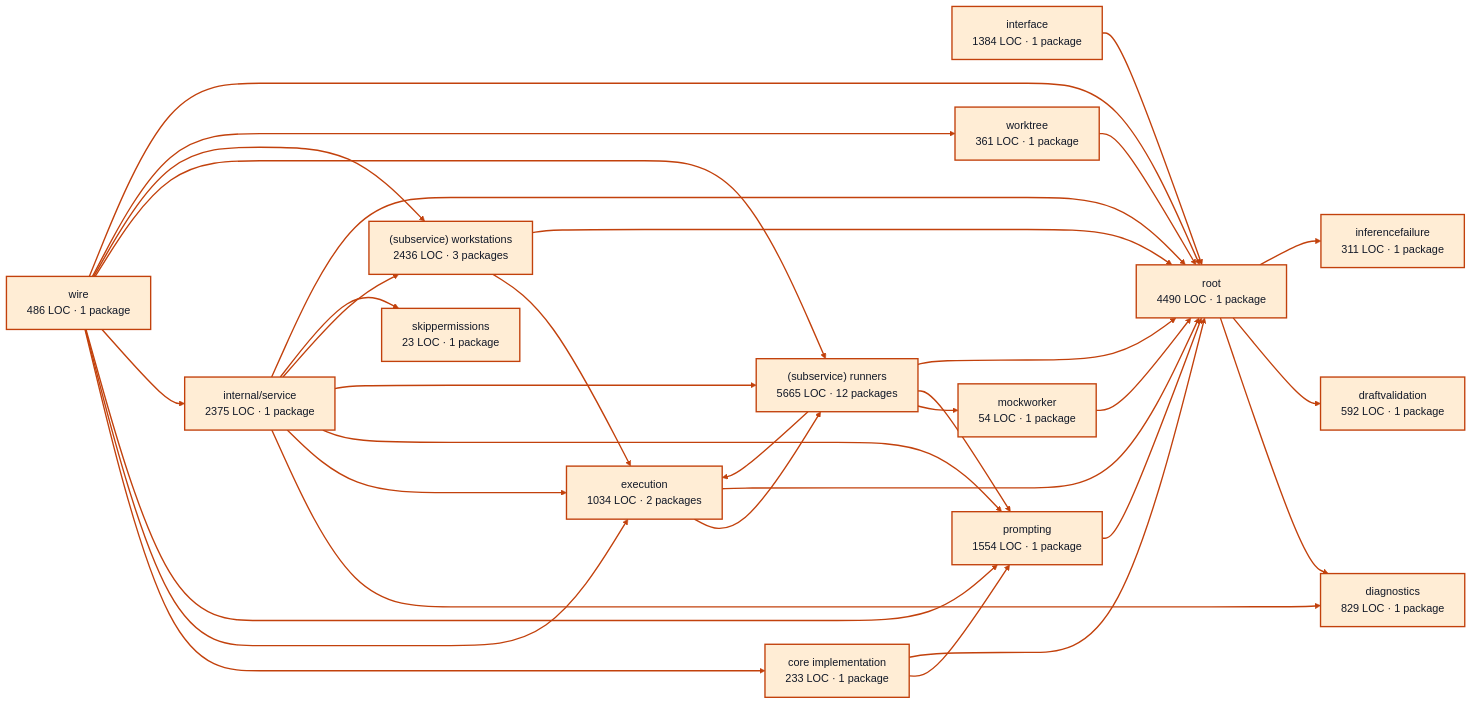
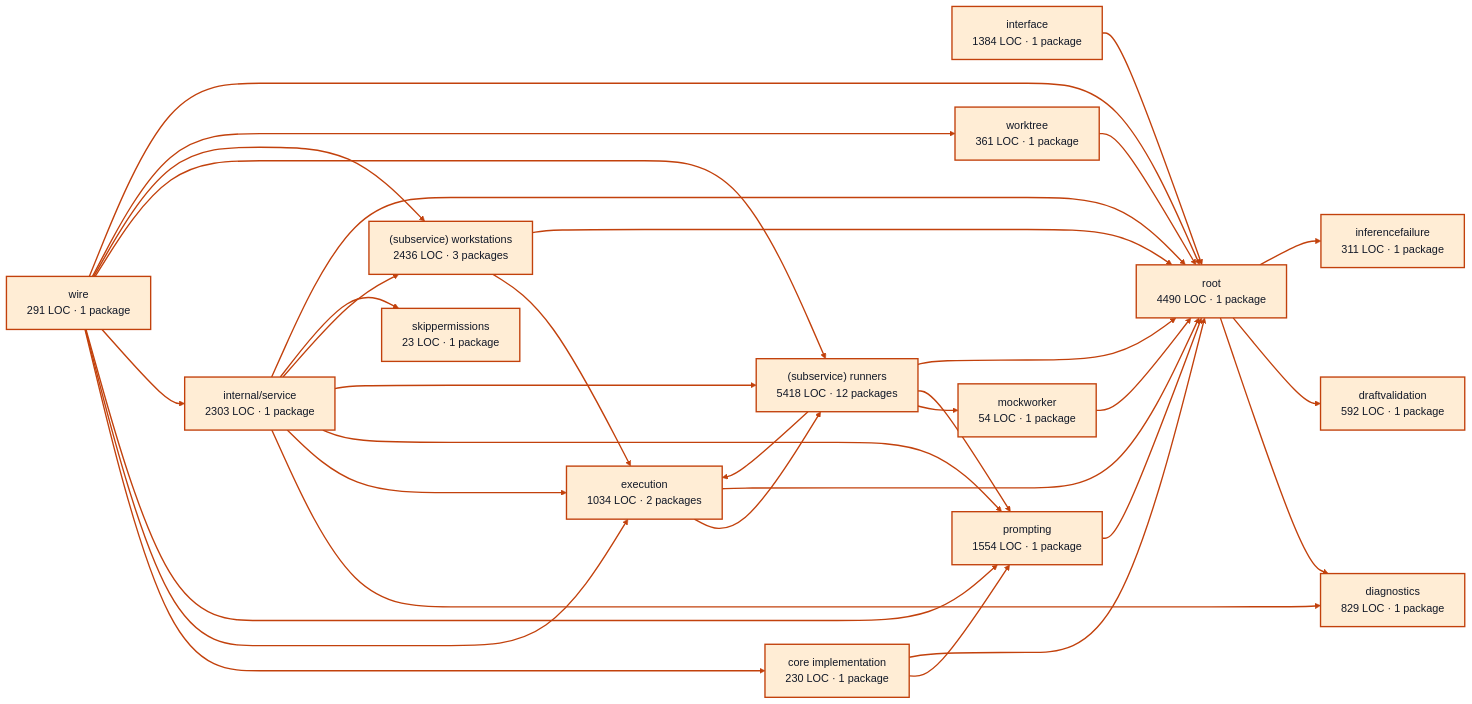
The diagram in docs/architecture/visualizations/services/workers.md (portpowered/you-agent-factory), drawn with Mermaid before and after one commit. The commit also changed other lines of this file and 20 other files, not shown here.

Commit message:
docs: refresh backend architecture visualizations

````diff
--- a/docs/architecture/visualizations/services/workers.md
+++ b/docs/architecture/visualizations/services/workers.md
@@ -11,66 +11,66 @@
 ```mermaid
 flowchart LR
-  p0["core implementation<br/>233 LOC · 1 package"]
+  p0["core implementation<br/>230 LOC · 1 package"]
   p1["diagnostics<br/>829 LOC · 1 package"]
   p2["draftvalidation<br/>592 LOC · 1 package"]
   p3["execution<br/>1034 LOC · 2 packages"]
   p4["inferencefailure<br/>311 LOC · 1 package"]
   p5["interface<br/>1384 LOC · 1 package"]
   p6["mockworker<br/>54 LOC · 1 package"]
   p7["prompting<br/>1554 LOC · 1 package"]
-  p8["internal/service<br/>2375 LOC · 1 package"]
-  p9["(subservice) runners<br/>5665 LOC · 12 packages"]
+  p8["internal/service<br/>2303 LOC · 1 package"]
+  p9["(subservice) runners<br/>5418 LOC · 12 packages"]
   p10["(subservice) workstations<br/>2436 LOC · 3 packages"]
   p11["skippermissions<br/>23 LOC · 1 package"]
   p12["worktree<br/>361 LOC · 1 package"]
   p13["root<br/>4490 LOC · 1 package"]
-  p14["wire<br/>486 LOC · 1 package"]
+  p14["wire<br/>291 LOC · 1 package"]
   p0 --> p7
   p0 --> p13
   p3 --> p9
   p3 --> p13
   p5 --> p13
   p6 --> p13
   p7 --> p13
   p8 --> p1
   p8 --> p3
   p8 --> p7
   p8 --> p9
   p8 --> p10
   p8 --> p11
   p8 --> p13
   p9 --> p3
   p9 --> p6
   p9 --> p7
   p9 --> p13
   p10 --> p3
   p10 --> p13
   p12 --> p13
   p13 --> p1
   p13 --> p2
   p13 --> p4
   p14 --> p0
   p14 --> p3
   p14 --> p7
   p14 --> p8
   p14 --> p9
   p14 --> p10
   p14 --> p12
   p14 --> p13
   style p0 fill:#ffedd5,stroke:#c2410c,stroke-width:2px,color:#111827
   style p1 fill:#ffedd5,stroke:#c2410c,stroke-width:2px,color:#111827
   style p2 fill:#ffedd5,stroke:#c2410c,stroke-width:2px,color:#111827
   style p3 fill:#ffedd5,stroke:#c2410c,stroke-width:2px,color:#111827
   style p4 fill:#ffedd5,stroke:#c2410c,stroke-width:2px,color:#111827
   style p5 fill:#ffedd5,stroke:#c2410c,stroke-width:2px,color:#111827
   style p6 fill:#ffedd5,stroke:#c2410c,stroke-width:2px,color:#111827
   style p7 fill:#ffedd5,stroke:#c2410c,stroke-width:2px,color:#111827
   style p8 fill:#ffedd5,stroke:#c2410c,stroke-width:2px,color:#111827
   style p9 fill:#ffedd5,stroke:#c2410c,stroke-width:2px,color:#111827
   style p10 fill:#ffedd5,stroke:#c2410c,stroke-width:2px,color:#111827
   style p11 fill:#ffedd5,stroke:#c2410c,stroke-width:2px,color:#111827
   style p12 fill:#ffedd5,stroke:#c2410c,stroke-width:2px,color:#111827
   style p13 fill:#ffedd5,stroke:#c2410c,stroke-width:2px,color:#111827
   style p14 fill:#ffedd5,stroke:#c2410c,stroke-width:2px,color:#111827
   linkStyle default stroke:#c2410c,stroke-width:2px
 ```
````
